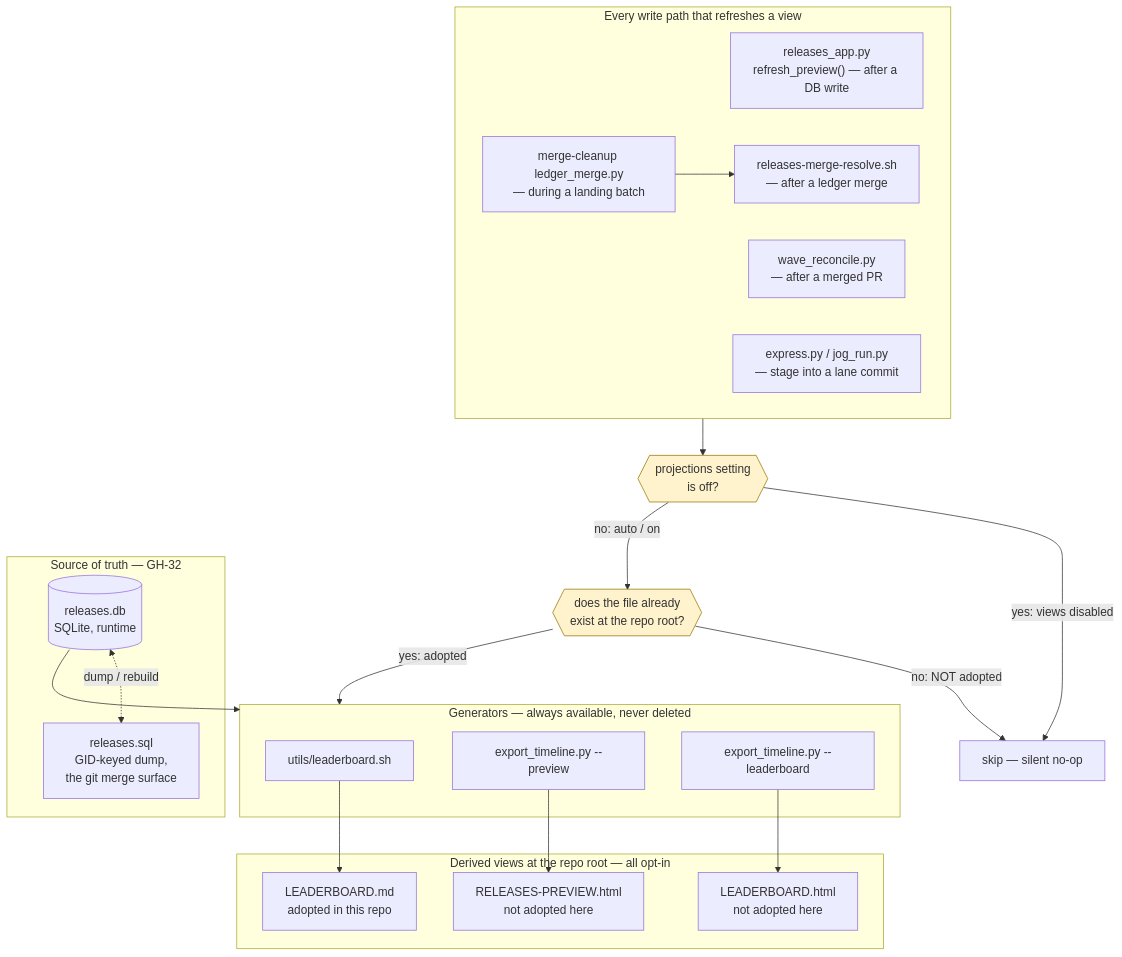
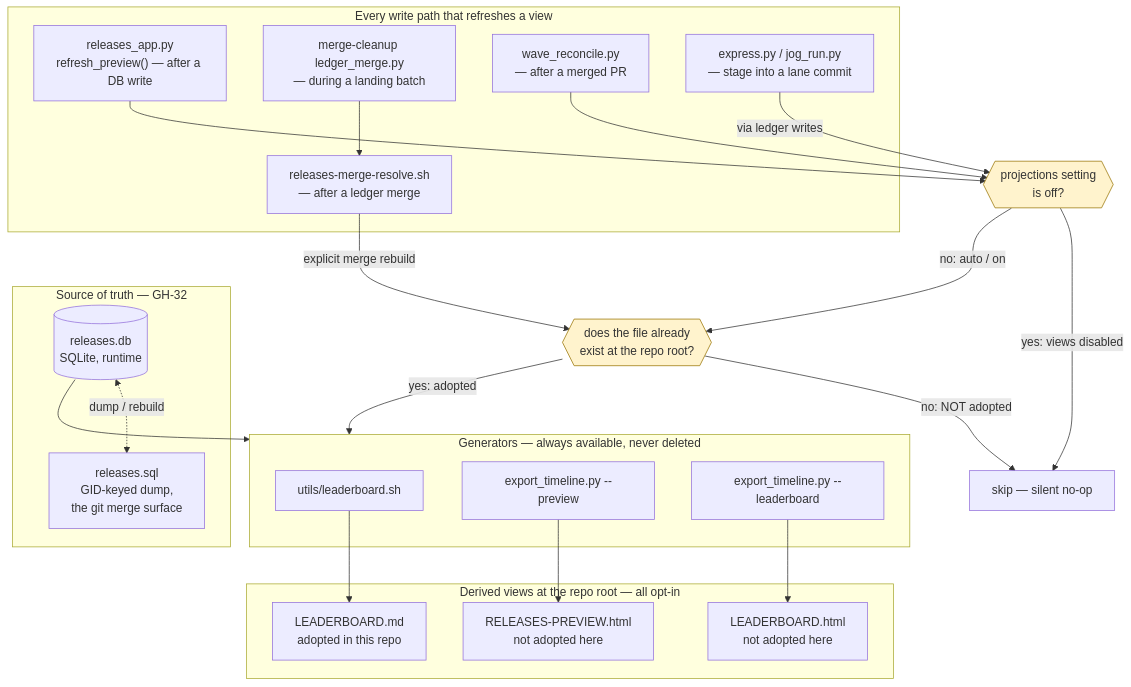
The diagram in ARCHITECTURE.md (HiQS-Labs/XYZ-forge), drawn with Mermaid before and after one commit. The commit also changed other lines of this file and 5 other files, not shown here.

````diff
--- a/ARCHITECTURE.md
+++ b/ARCHITECTURE.md
@@ -433,45 +435,48 @@
 ```mermaid
 flowchart TD
     subgraph truth["Source of truth — GH-32"]
         DB[("releases.db<br/>SQLite, runtime")]
         SQL["releases.sql<br/>GID-keyed dump,<br/>the git merge surface"]
         DB <-. "dump / rebuild" .-> SQL
     end
 
     subgraph gens["Generators — always available, never deleted"]
         G2["utils/leaderboard.sh"]
         G3["export_timeline.py --preview"]
         G4["export_timeline.py --leaderboard"]
     end
 
     subgraph views["Derived views at the repo root — all opt-in"]
         V2["LEADERBOARD.md<br/>adopted in this repo"]
         V3["RELEASES-PREVIEW.html<br/>not adopted here"]
         V4["LEADERBOARD.html<br/>not adopted here"]
     end
 
     subgraph consumers["Every write path that refreshes a view"]
         C1["releases_app.py<br/>refresh_preview() — after a DB write"]
         C2["releases-merge-resolve.sh<br/>— after a ledger merge"]
         C2a["merge-cleanup ledger_merge.py<br/>— during a landing batch"]
         C3["wave_reconcile.py<br/>— after a merged PR"]
         C4["express.py / jog_run.py<br/>— stage into a lane commit"]
     end
 
     SWITCH{{"projections setting<br/>is off?"}}
     GATE{{"does the file already<br/>exist at the repo root?"}}
 
     DB --> gens
     C2a --> C2
-    consumers --> SWITCH
+    C1 --> SWITCH
+    C3 --> SWITCH
+    C4 -- "via ledger writes" --> SWITCH
+    C2 -- "explicit merge rebuild" --> GATE
     SWITCH -- "yes: views disabled" --> SKIP["skip — silent no-op"]
     SWITCH -- "no: auto / on" --> GATE
     GATE -- "no: NOT adopted" --> SKIP
     GATE -- "yes: adopted" --> gens
     G2 --> V2
     G3 --> V3
     G4 --> V4
 
     style SWITCH fill:#fff3cd,stroke:#997404
     style GATE fill:#fff3cd,stroke:#997404
 ```
````
